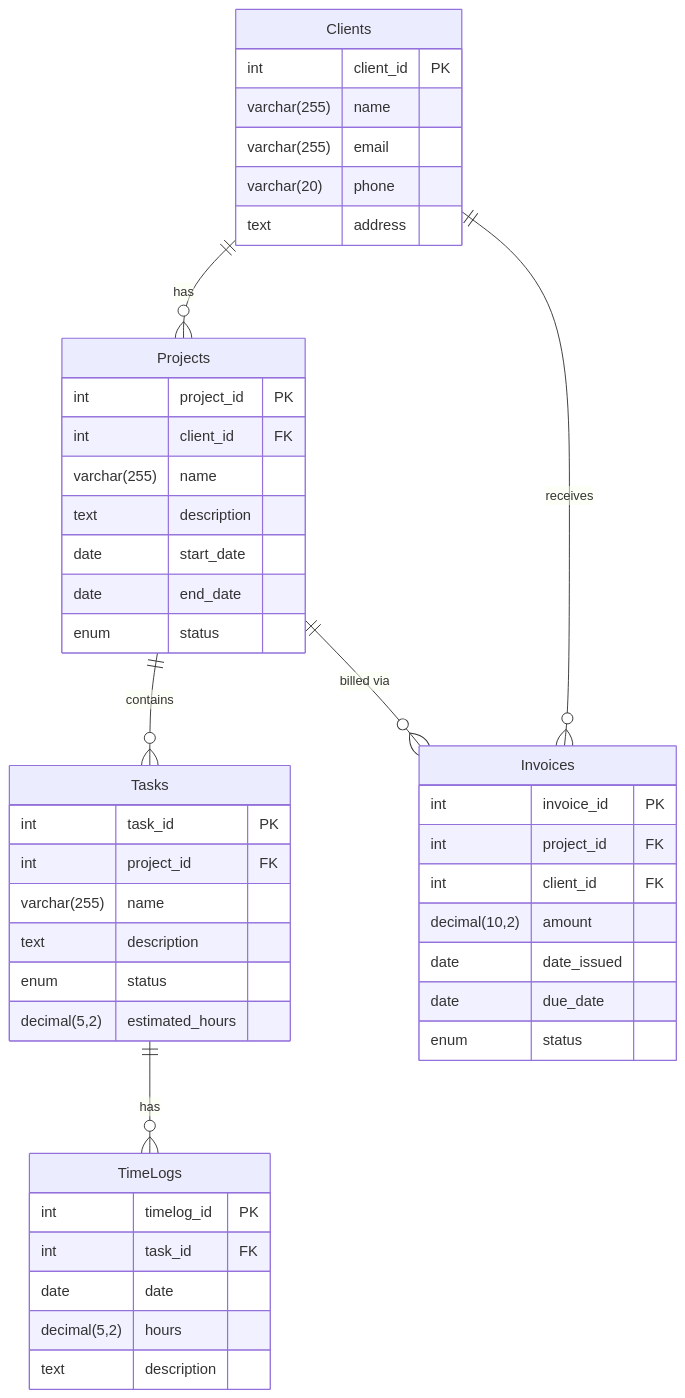
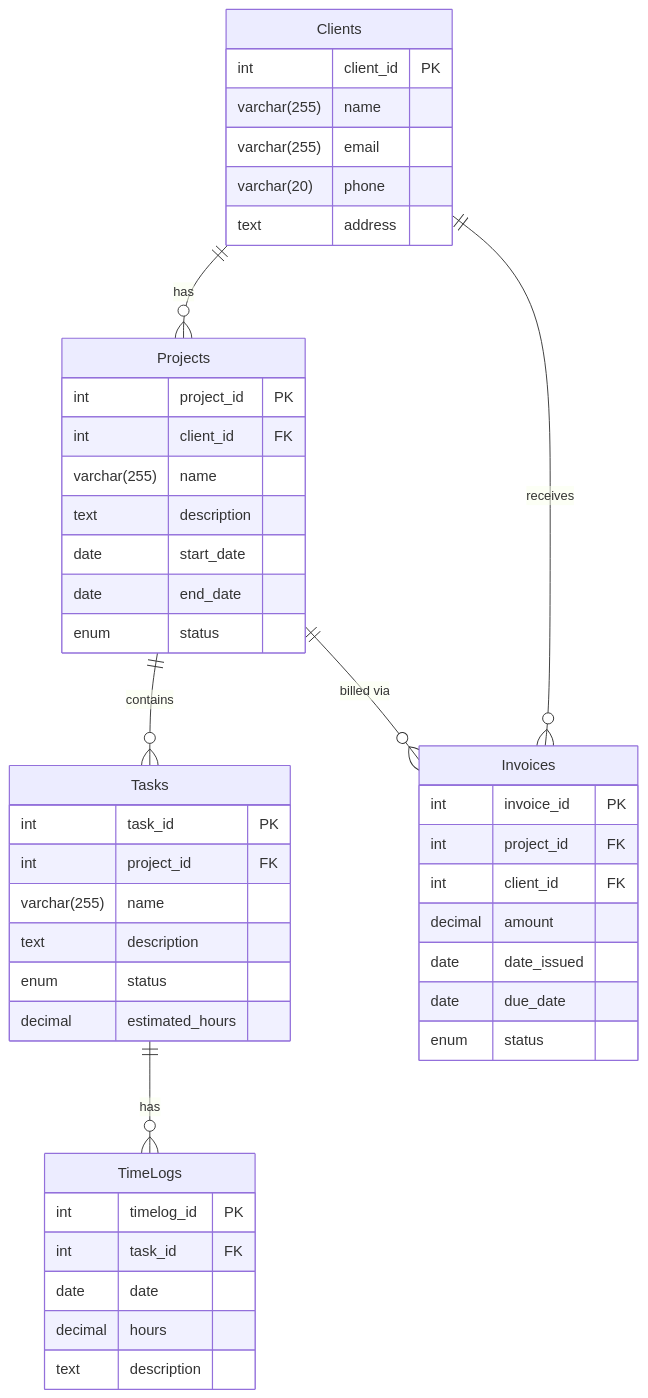
Before and after one commit to alekssnikitinss-art/Valm.Teh_darbi: the diagram in Diagrams/ER_Diagram.md, drawn with Mermaid.

Commit message:
Updated Diagrams

````diff
--- a/Diagrams/ER_Diagram.md
+++ b/Diagrams/ER_Diagram.md
@@ -3,53 +3,53 @@
 ```mermaid
 erDiagram
     Clients ||--o{ Projects : "has"
     Projects ||--o{ Tasks : "contains"
     Tasks ||--o{ TimeLogs : "has"
     Projects ||--o{ Invoices : "billed via"
     Clients ||--o{ Invoices : "receives"
 
     Clients {
         int client_id PK
         varchar(255) name
         varchar(255) email
         varchar(20) phone
         text address
     }
 
     Projects {
         int project_id PK
         int client_id FK
         varchar(255) name
         text description
         date start_date
         date end_date
         enum status
     }
 
     Tasks {
         int task_id PK
         int project_id FK
         varchar(255) name
         text description
         enum status
-        decimal(5,2) estimated_hours
+        decimal estimated_hours
     }
 
     TimeLogs {
         int timelog_id PK
         int task_id FK
         date date
-        decimal(5,2) hours
+        decimal hours
         text description
     }
 
     Invoices {
         int invoice_id PK
         int project_id FK
         int client_id FK
-        decimal(10,2) amount
+        decimal amount
         date date_issued
         date due_date
         enum status
     }
 ```
````
